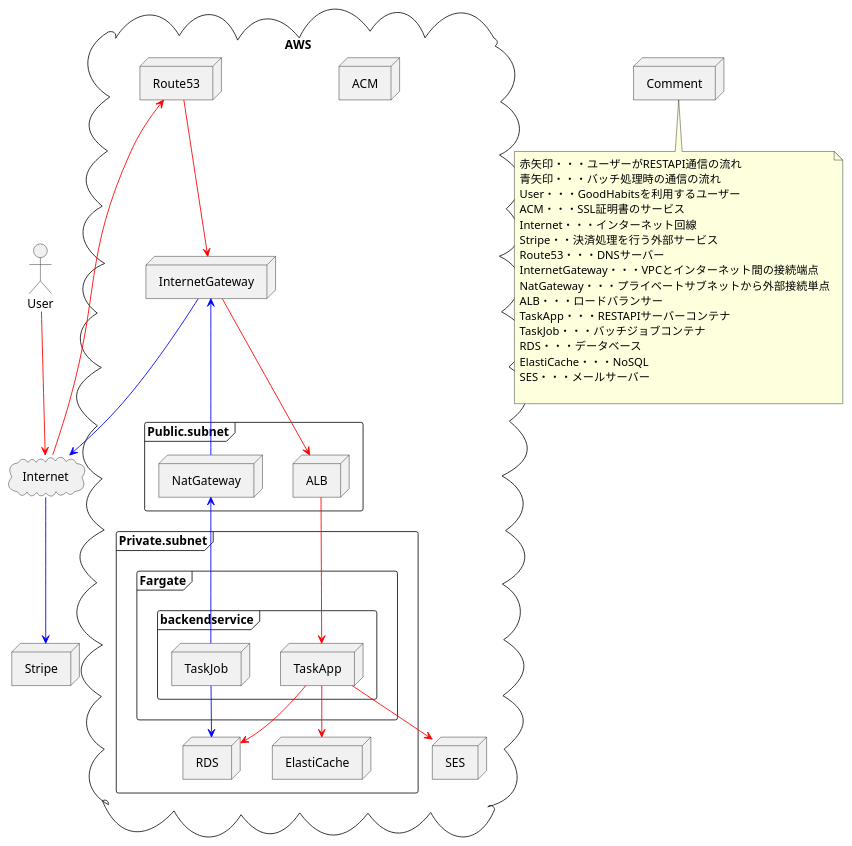
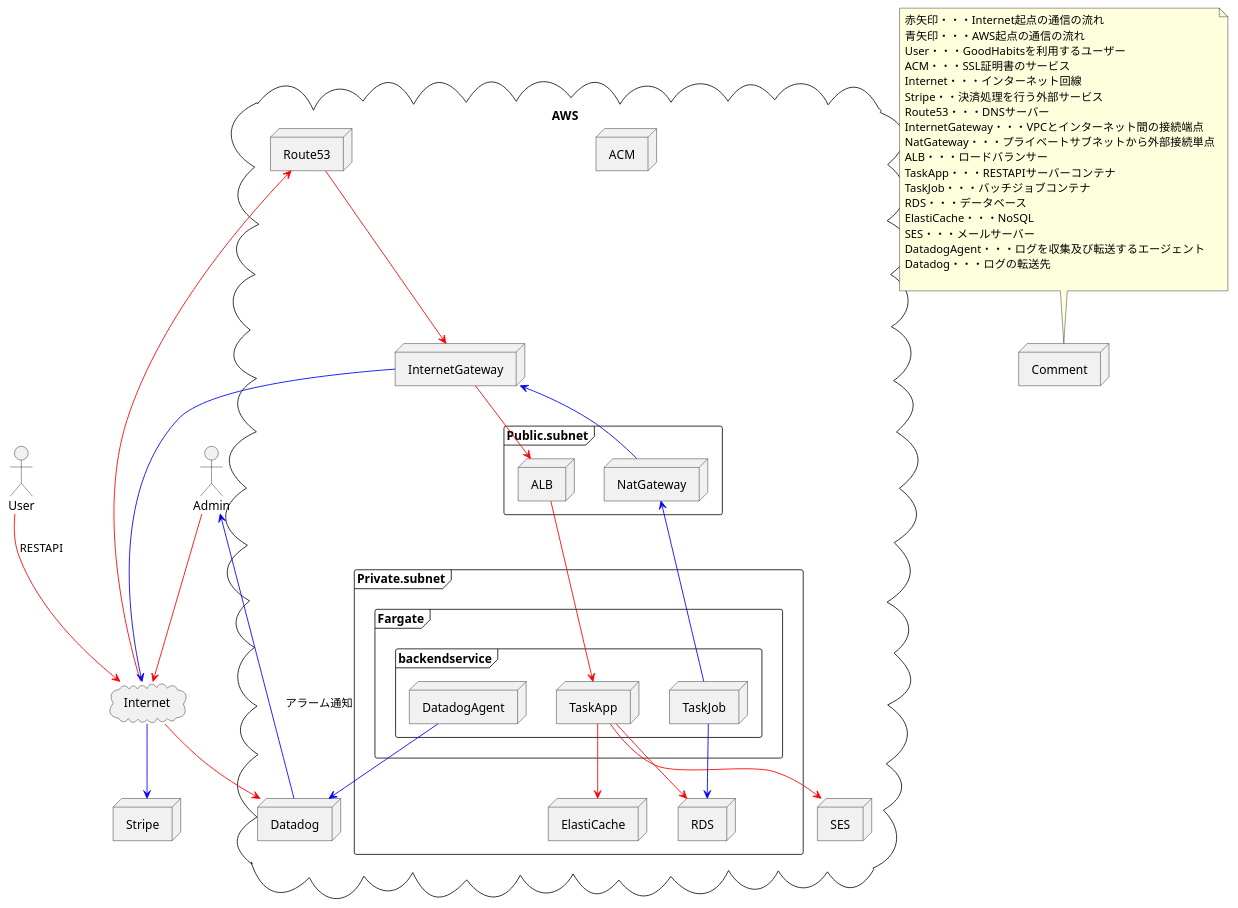
The first of 2 diagrams in BD/bd.md (TAKAHIRO-03/GoodHabits_doc), drawn with PlantUML before and after one commit. The commit also changed other lines of this file, not shown here.

````diff
--- a/BD/bd.md
+++ b/BD/bd.md
@@ -14,62 +14,71 @@
 ```plantuml
 actor User
+actor Admin
 cloud Internet
 node Stripe
 
 cloud AWS {
   node InternetGateway
   node ACM
   node Route53
+  node Datadog
 
   frame Public.subnet {
     node ALB
     node NatGateway
   }
   frame Private.subnet {
     frame Fargate {
       frame backendservice {
         node TaskApp
         node TaskJob
+        node DatadogAgent
       }
     }
     node RDS
     node ElastiCache
   }
   node SES
 }
 
-User --[#red]> Internet
+Admin --[#red]> Internet
+Internet --[#red]> Datadog
+User --[#red]> Internet: RESTAPI
 Internet --[#red]> Route53
 Route53 --[#red]> InternetGateway
 InternetGateway --[#red]> ALB
 ALB --[#red]> TaskApp
 TaskApp --[#red]> RDS
 TaskApp --[#red]> SES
 TaskApp --[#red]> ElastiCache
 TaskJob --[#blue]> RDS
 TaskJob --[#blue]> NatGateway
 NatGateway --[#blue]> InternetGateway
 InternetGateway --[#blue]> Internet
 Internet --[#blue]> Stripe
+DatadogAgent --[#blue]> Datadog
+Datadog --[#blue]> Admin: アラーム通知
 
 node Comment
-note bottom of Comment
-赤矢印・・・ユーザーがRESTAPI通信の流れ
-青矢印・・・バッチ処理時の通信の流れ
+note top of Comment
+赤矢印・・・Internet起点の通信の流れ
+青矢印・・・AWS起点の通信の流れ
 User・・・GoodHabitsを利用するユーザー
 ACM・・・SSL証明書のサービス
 Internet・・・インターネット回線
 Stripe・・決済処理を行う外部サービス
 Route53・・・DNSサーバー
 InternetGateway・・・VPCとインターネット間の接続端点
 NatGateway・・・プライベートサブネットから外部接続単点
 ALB・・・ロードバランサー
 TaskApp・・・RESTAPIサーバーコンテナ
 TaskJob・・・バッチジョブコンテナ
 RDS・・・データベース
 ElastiCache・・・NoSQL
 SES・・・メールサーバー
+DatadogAgent・・・ログを収集及び転送するエージェント
+Datadog・・・ログの転送先
 
 end note
 
 ```
````
